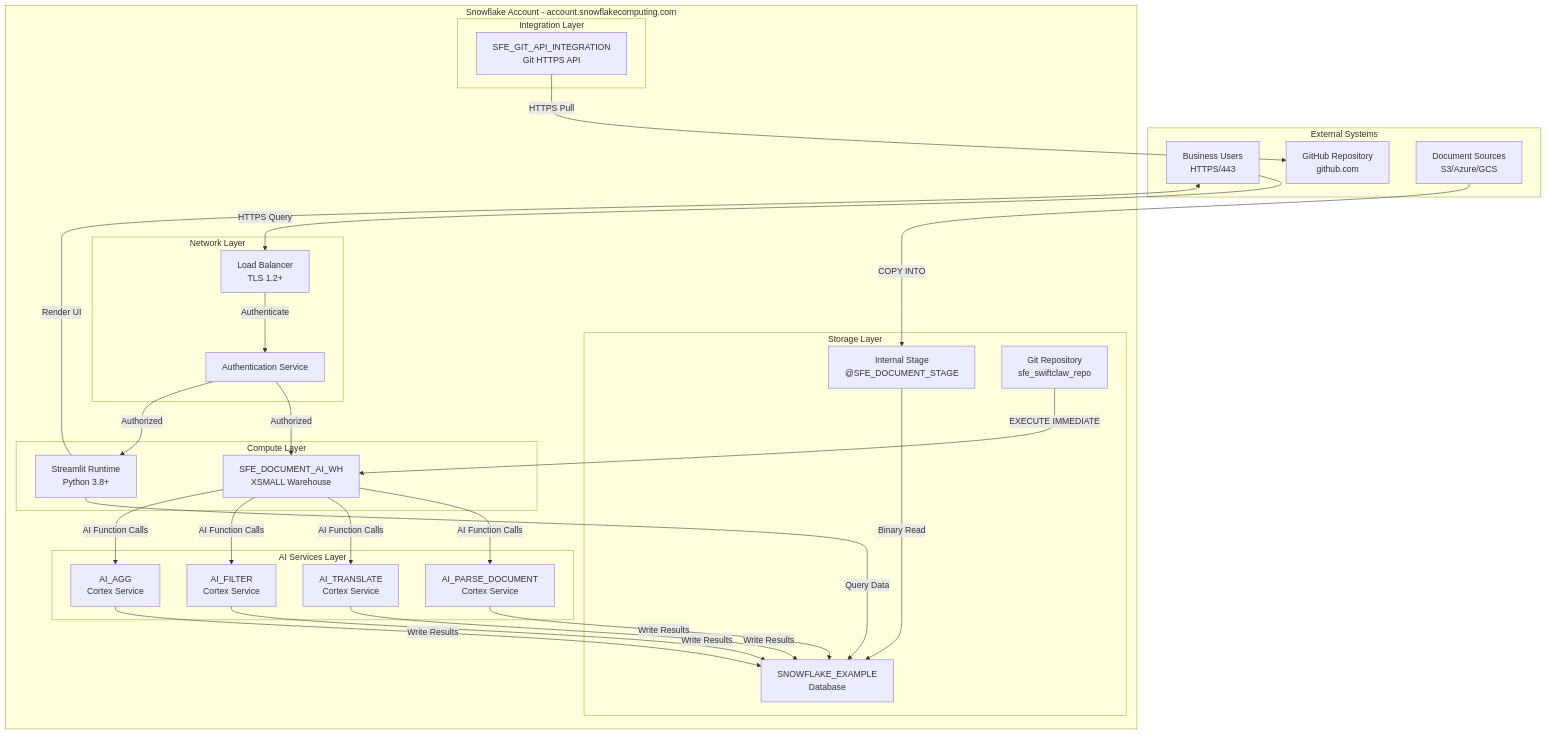
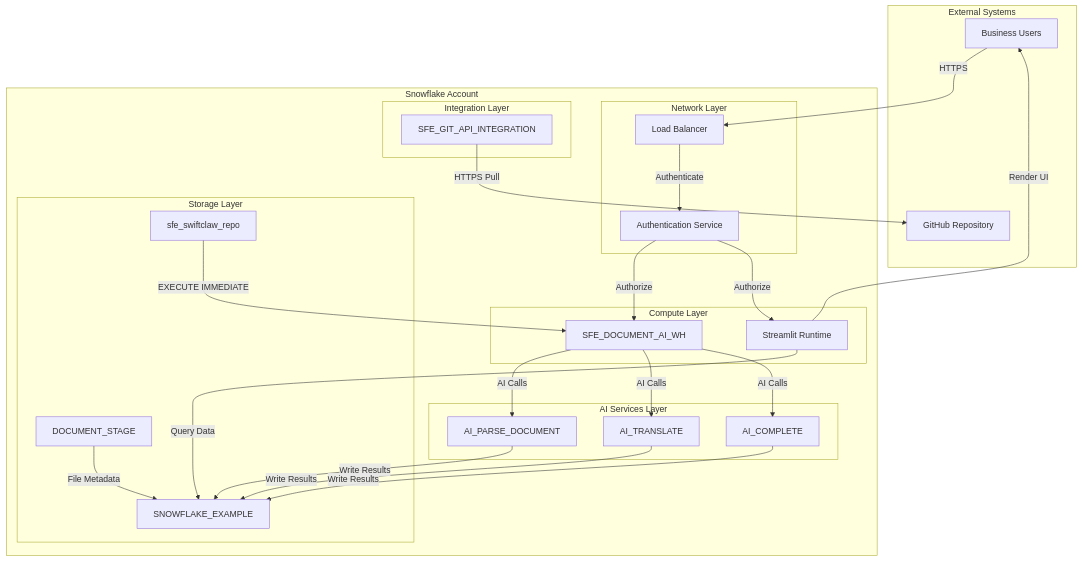
One commit to sfc-gh-miwhitaker/swiftclaw changed the diagram in diagrams/network-flow.md. Above: the diagram before and after it, drawn with Mermaid. The commit also changed other lines of this file and 22 other files, not shown here.

````diff
--- a/diagrams/network-flow.md
+++ b/diagrams/network-flow.md
@@ -17,61 +17,55 @@
 ```mermaid
-graph TB
-    subgraph "External Systems"
-        User[Business Users<br/>HTTPS/443]
-        GitHub[GitHub Repository<br/>github.com]
-        DocSource[Document Sources<br/>S3/Azure/GCS]
+flowchart TB
+    subgraph externalSystems [External Systems]
+        User[Business Users]
+        GitHub[GitHub Repository]
     end
 
-    subgraph "Snowflake Account - account.snowflakecomputing.com"
-        subgraph "Network Layer"
-            LB[Load Balancer<br/>TLS 1.2+]
+    subgraph snowflakeAccount [Snowflake Account]
+        subgraph networkLayer [Network Layer]
+            LB[Load Balancer]
             Auth[Authentication Service]
         end
 
-        subgraph "Compute Layer"
-            WH[SFE_DOCUMENT_AI_WH<br/>XSMALL Warehouse]
-            Streamlit[Streamlit Runtime<br/>Python 3.8+]
+        subgraph computeLayer [Compute Layer]
+            WH[SFE_DOCUMENT_AI_WH]
+            Streamlit[Streamlit Runtime]
         end
 
-        subgraph "AI Services Layer"
-            Parse[AI_PARSE_DOCUMENT<br/>Cortex Service]
-            Translate[AI_TRANSLATE<br/>Cortex Service]
-            Classify[AI_FILTER<br/>Cortex Service]
-            Agg[AI_AGG<br/>Cortex Service]
+        subgraph aiLayer [AI Services Layer]
+            Parse[AI_PARSE_DOCUMENT]
+            Translate[AI_TRANSLATE]
+            Complete[AI_COMPLETE]
         end
 
-        subgraph "Storage Layer"
-            DB[SNOWFLAKE_EXAMPLE<br/>Database]
-            Stage[Internal Stage<br/>@SFE_DOCUMENT_STAGE]
-            GitRepo[Git Repository<br/>sfe_swiftclaw_repo]
+        subgraph storageLayer [Storage Layer]
+            DB[SNOWFLAKE_EXAMPLE]
+            Stage[DOCUMENT_STAGE]
+            GitRepo[sfe_swiftclaw_repo]
         end
 
-        subgraph "Integration Layer"
-            GitAPI[SFE_GIT_API_INTEGRATION<br/>Git HTTPS API]
+        subgraph integrationLayer [Integration Layer]
+            GitAPI[SFE_GIT_API_INTEGRATION]
         end
     end
 
-    User -->|HTTPS Query| LB
+    User -->|HTTPS| LB
     LB -->|Authenticate| Auth
-    Auth -->|Authorized| WH
-    Auth -->|Authorized| Streamlit
+    Auth -->|Authorize| WH
+    Auth -->|Authorize| Streamlit
 
-    DocSource -->|COPY INTO| Stage
-    Stage -->|Binary Read| DB
-
-    WH -->|AI Function Calls| Parse
-    WH -->|AI Function Calls| Translate
-    WH -->|AI Function Calls| Classify
-    WH -->|AI Function Calls| Agg
+    WH -->|AI Calls| Parse
+    WH -->|AI Calls| Translate
+    WH -->|AI Calls| Complete
 
     Parse -->|Write Results| DB
     Translate -->|Write Results| DB
-    Classify -->|Write Results| DB
-    Agg -->|Write Results| DB
+    Complete -->|Write Results| DB
 
     Streamlit -->|Query Data| DB
     Streamlit -->|Render UI| User
 
     GitAPI -->|HTTPS Pull| GitHub
     GitRepo -->|EXECUTE IMMEDIATE| WH
+    Stage -->|File Metadata| DB
 ```
````
